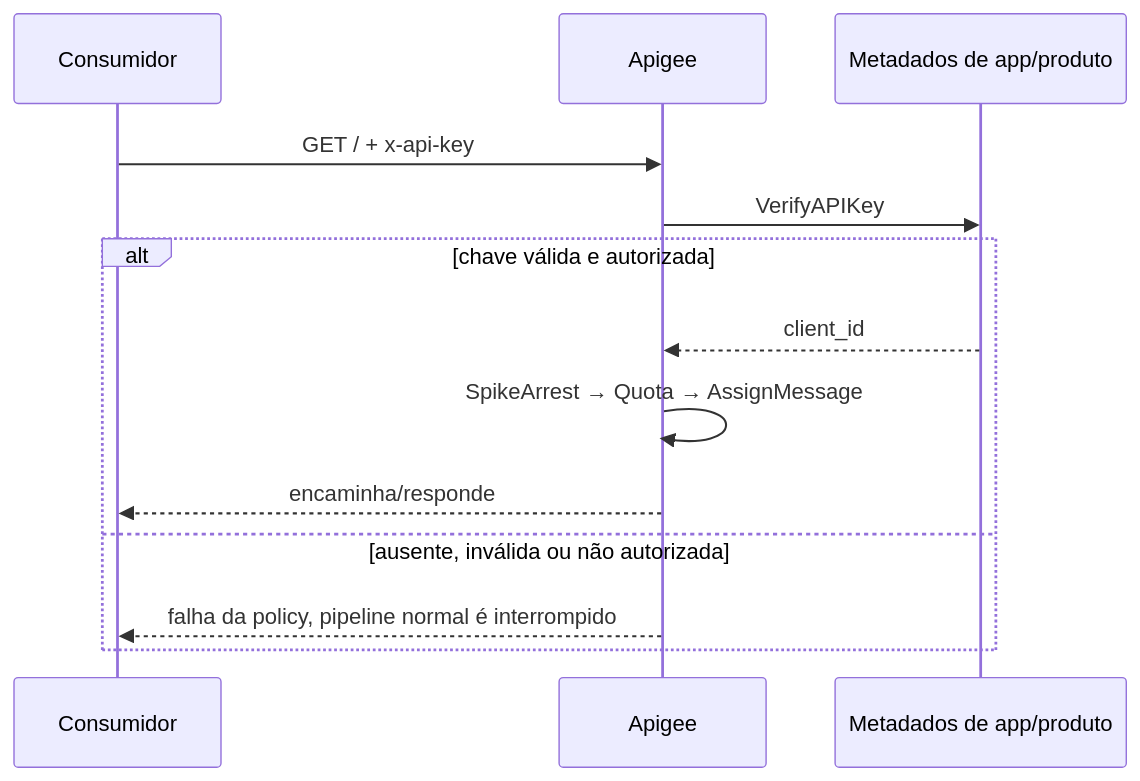
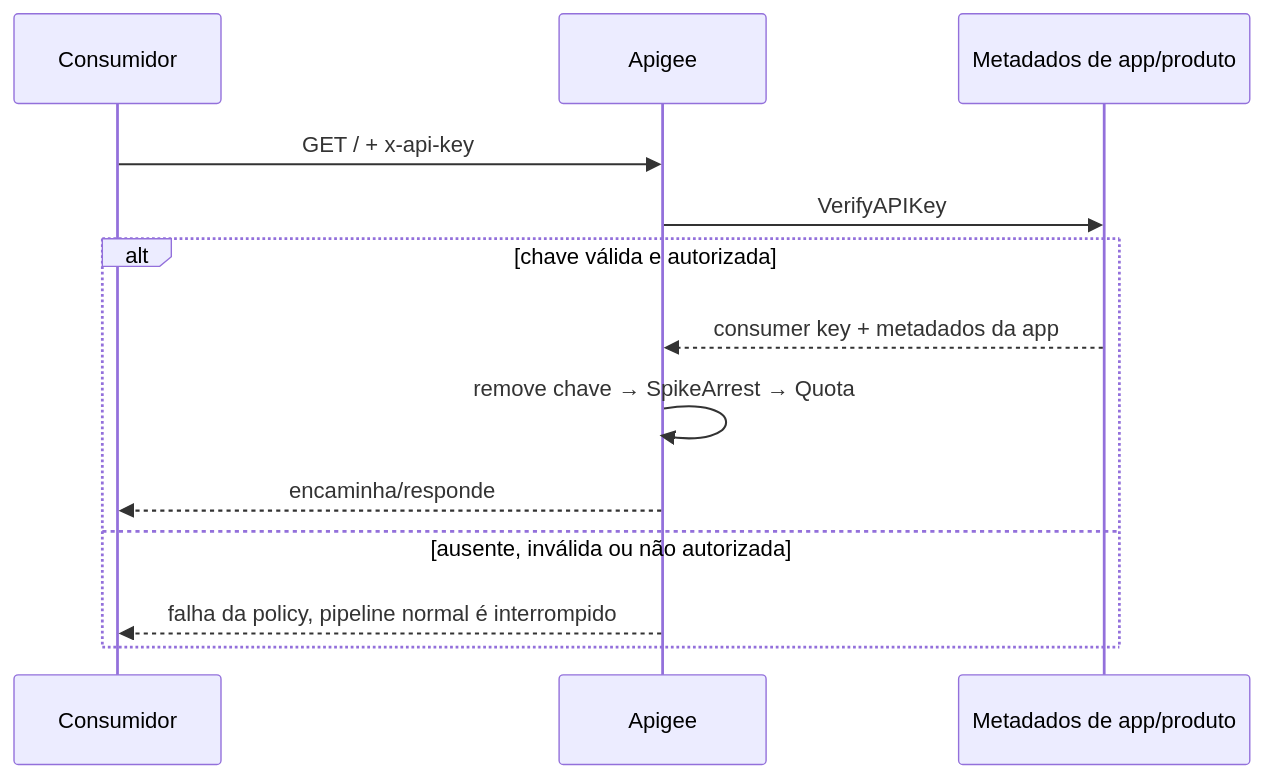
The second of 2 diagrams in examples/02-intermediate/README.md (rodri-oliveira-dev/apigee-architecture-lab), drawn with Mermaid before and after one commit. The commit also changed other lines of this file and 23 other files, not shown here.

````diff
--- a/examples/02-intermediate/README.md
+++ b/examples/02-intermediate/README.md
@@ -22,15 +23,15 @@
 ```mermaid
 sequenceDiagram
     participant C as Consumidor
     participant A as Apigee
     participant M as Metadados de app/produto
     C->>A: GET / + x-api-key
     A->>M: VerifyAPIKey
     alt chave válida e autorizada
-        M-->>A: client_id
-        A->>A: SpikeArrest → Quota → AssignMessage
+        M-->>A: consumer key + metadados da app
+        A->>A: remove chave → SpikeArrest → Quota
         A-->>C: encaminha/responde
     else ausente, inválida ou não autorizada
         A-->>C: falha da policy, pipeline normal é interrompido
     end
 ```
````
